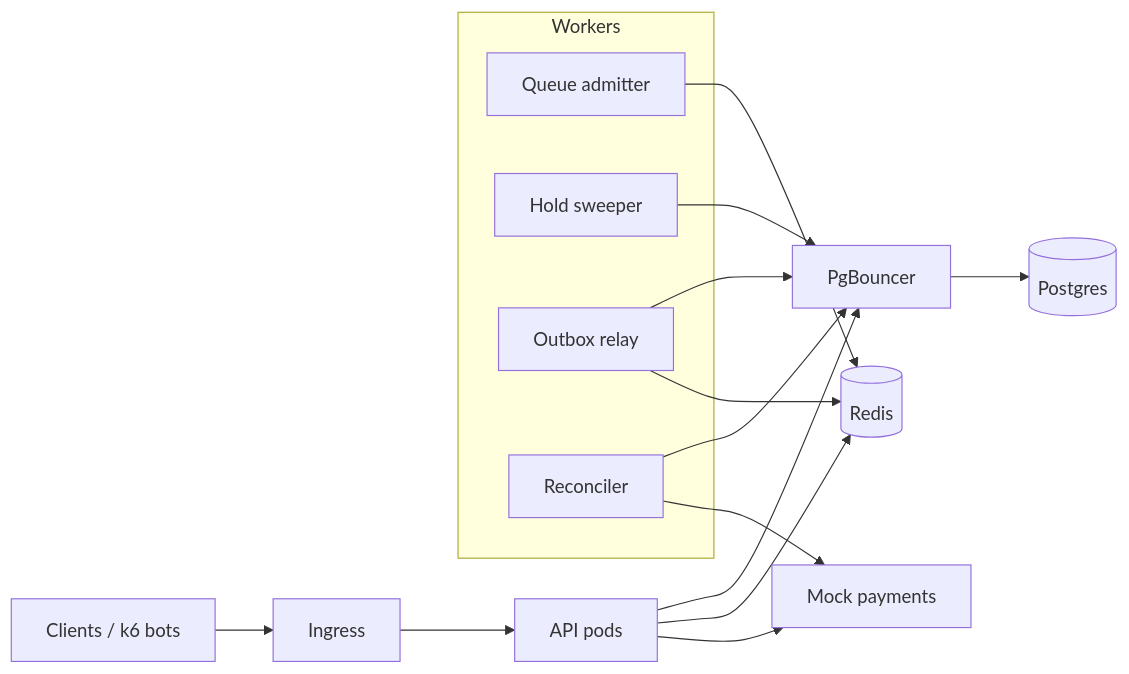
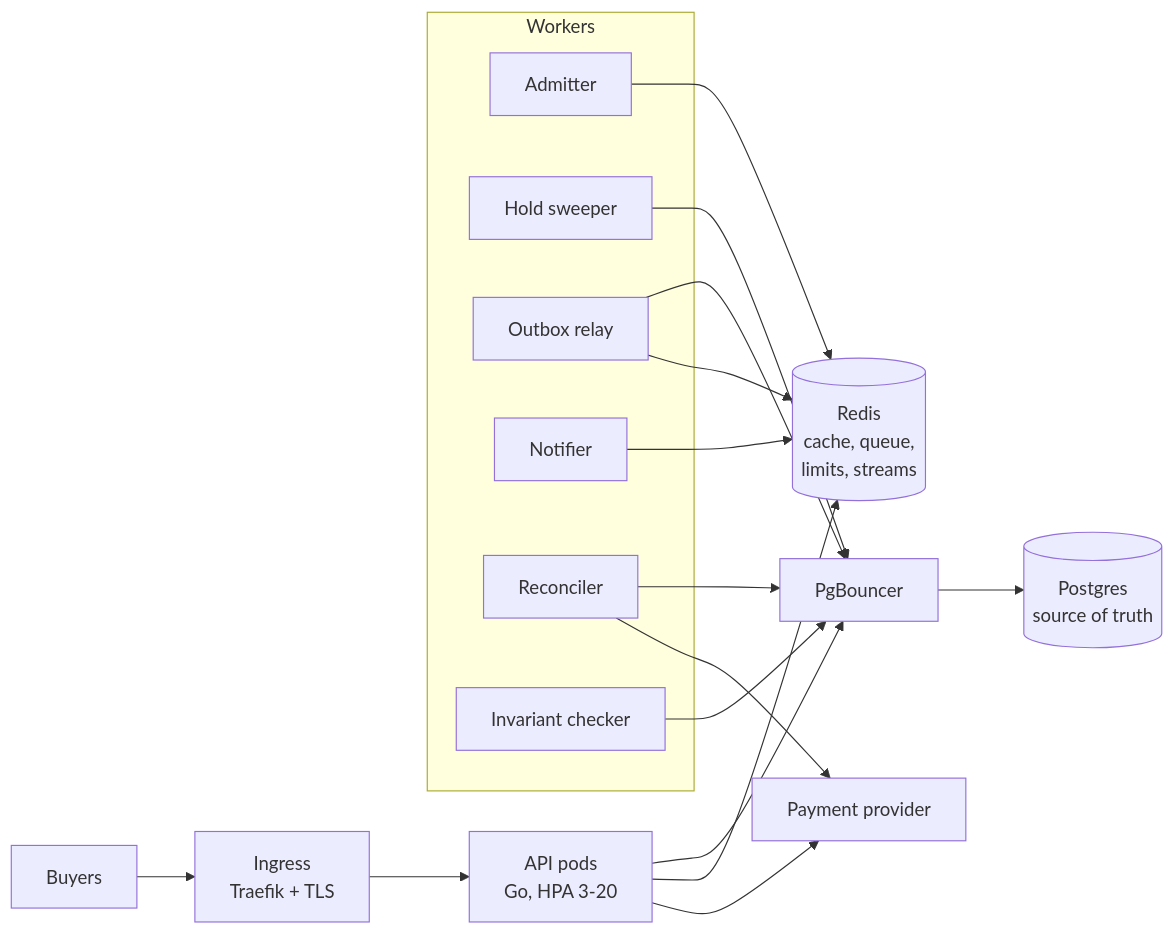
Before and after one commit to TimothyNg11/ticket: the diagram in README.md, drawn with Mermaid. The commit also changed other lines of this file and 9 other files, not shown here.

````diff
--- a/README.md
+++ b/README.md
@@ -12,20 +20,24 @@
 ```mermaid
 flowchart LR
-    C[Clients / k6 bots] --> I[Ingress]
-    I --> A[API pods]
-    A --> PB[PgBouncer] --> PG[(Postgres)]
-    A --> R[(Redis)]
-    A --> P[Mock payments]
+    C[Buyers] --> I[Ingress<br/>Traefik + TLS]
+    I --> A[API pods<br/>Go, HPA 3-20]
+    A --> PB[PgBouncer] --> PG[(Postgres<br/>source of truth)]
+    A --> R[(Redis<br/>cache, queue,<br/>limits, streams)]
+    A --> P[Payment provider]
     subgraph Workers
-      Q[Queue admitter]
+      Q[Admitter]
       S[Hold sweeper]
       O[Outbox relay]
+      N[Notifier]
       RC[Reconciler]
+      IV[Invariant checker]
     end
     Q --> R
     S --> PB
     O --> PB
     O --> R
+    N --> R
     RC --> PB
     RC --> P
+    IV --> PB
 ```
````
